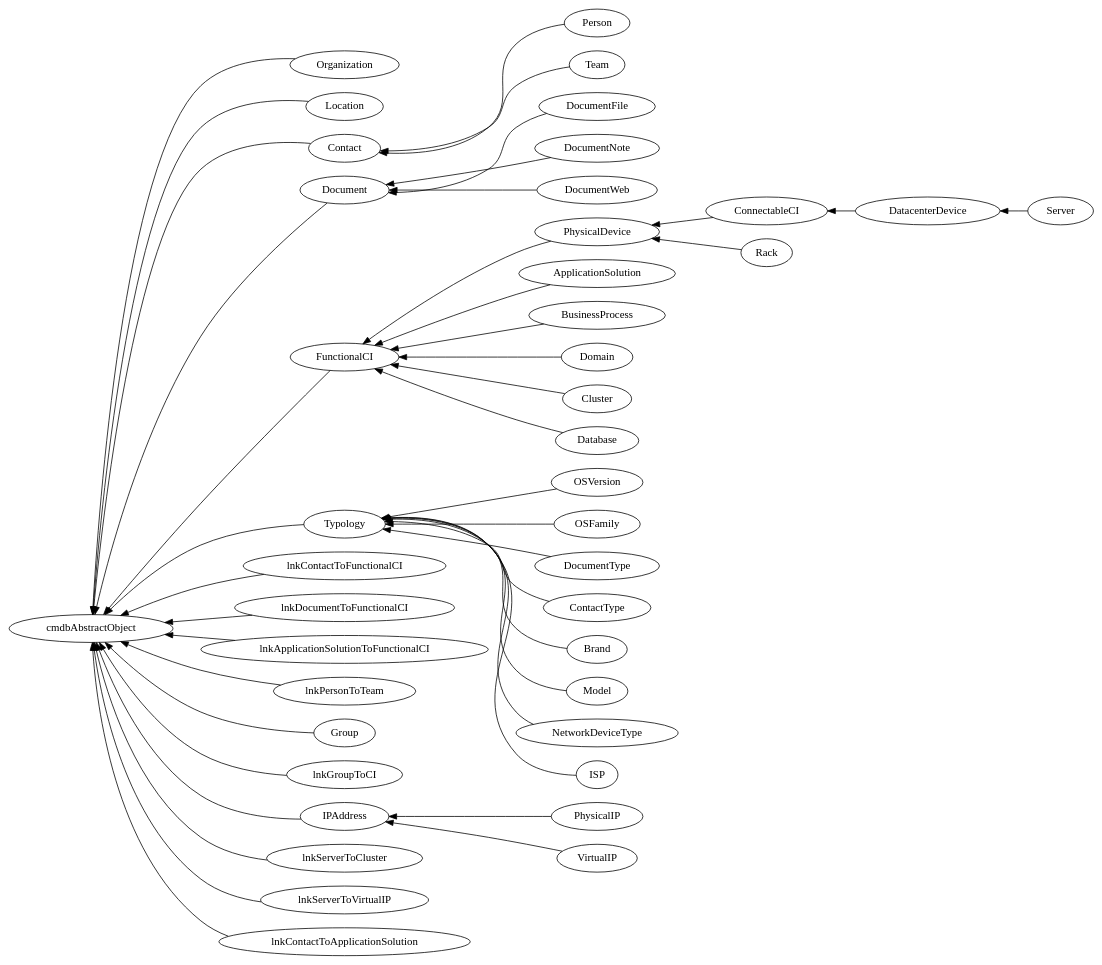
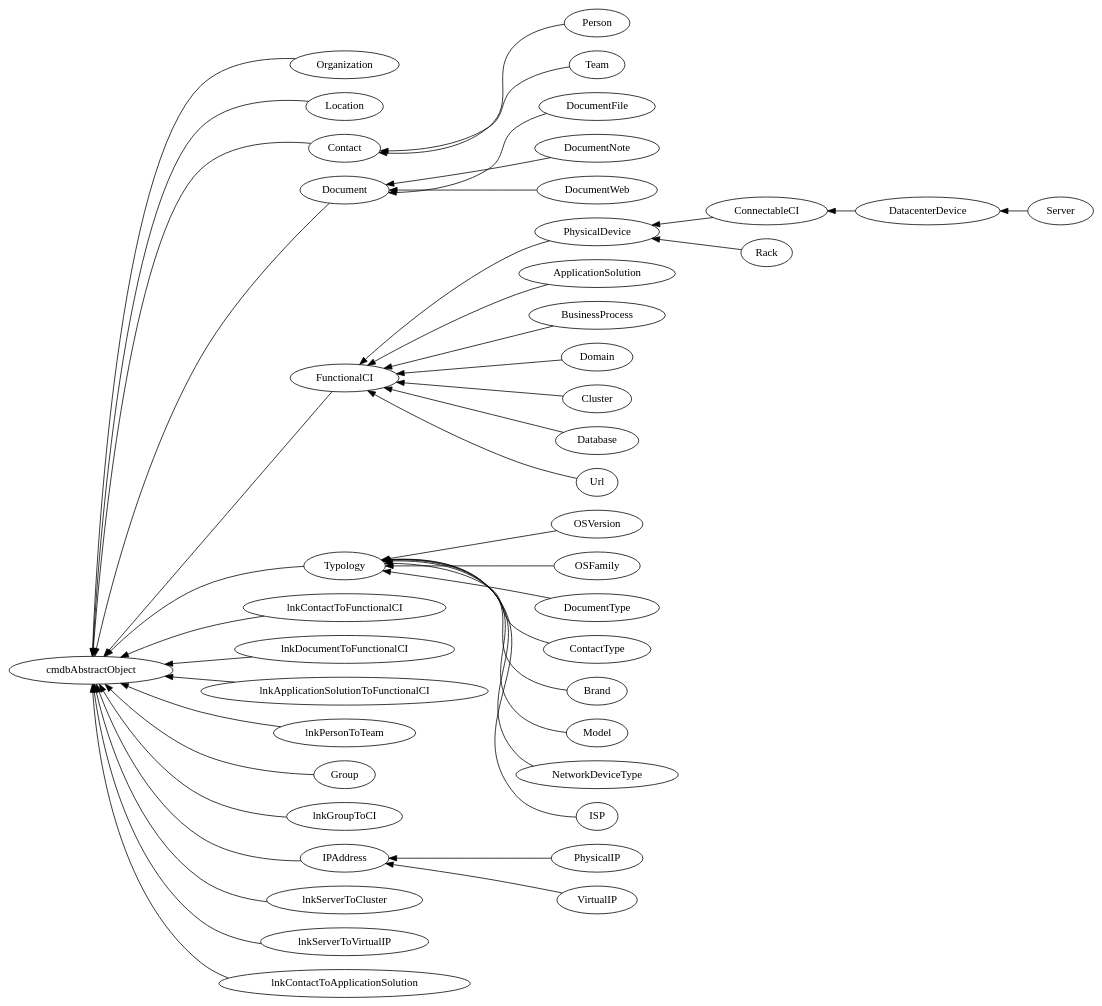
One commit to ops-itop/itop-extensions changed the diagram in itop.dot. Above: the diagram before and after it, drawn with Graphviz. The commit also changed 1 other file, not shown here.

```diff
--- a/itop.dot
+++ b/itop.dot
@@ -1,44 +1,45 @@
 digraph G{
 rankdir=RL
 Organization->cmdbAbstractObject
 Location->cmdbAbstractObject
 Contact->cmdbAbstractObject
 Person->Contact
 Team->Contact
 Document->cmdbAbstractObject
 DocumentFile->Document
 DocumentNote->Document
 DocumentWeb->Document
 FunctionalCI->cmdbAbstractObject
 PhysicalDevice->FunctionalCI
 ConnectableCI->PhysicalDevice
 DatacenterDevice->ConnectableCI
 Server->DatacenterDevice
 ApplicationSolution->FunctionalCI
 BusinessProcess->FunctionalCI
 Typology->cmdbAbstractObject
 OSVersion->Typology
 OSFamily->Typology
 DocumentType->Typology
 ContactType->Typology
 Brand->Typology
 Model->Typology
 NetworkDeviceType->Typology
 lnkContactToFunctionalCI->cmdbAbstractObject
 lnkDocumentToFunctionalCI->cmdbAbstractObject
 lnkApplicationSolutionToFunctionalCI->cmdbAbstractObject
 lnkPersonToTeam->cmdbAbstractObject
 Group->cmdbAbstractObject
 lnkGroupToCI->cmdbAbstractObject
 IPAddress->cmdbAbstractObject
 PhysicalIP->IPAddress
 VirtualIP->IPAddress
 Domain->FunctionalCI
 Cluster->FunctionalCI
 Database->FunctionalCI
+Url->FunctionalCI
 Rack->PhysicalDevice
 ISP->Typology
 lnkServerToCluster->cmdbAbstractObject
 lnkServerToVirtualIP->cmdbAbstractObject
 lnkContactToApplicationSolution->cmdbAbstractObject
 }
```
